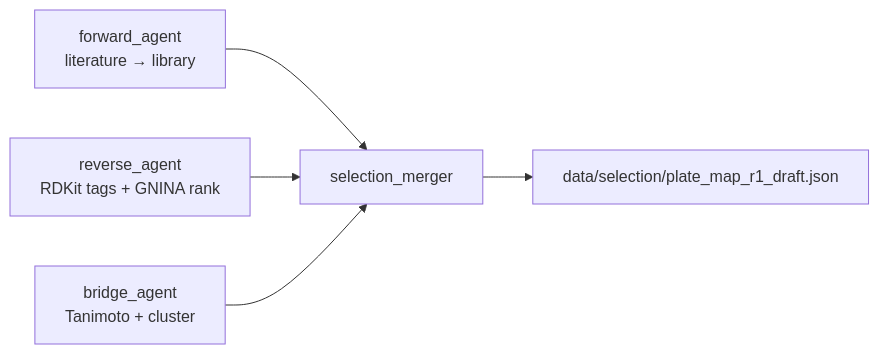
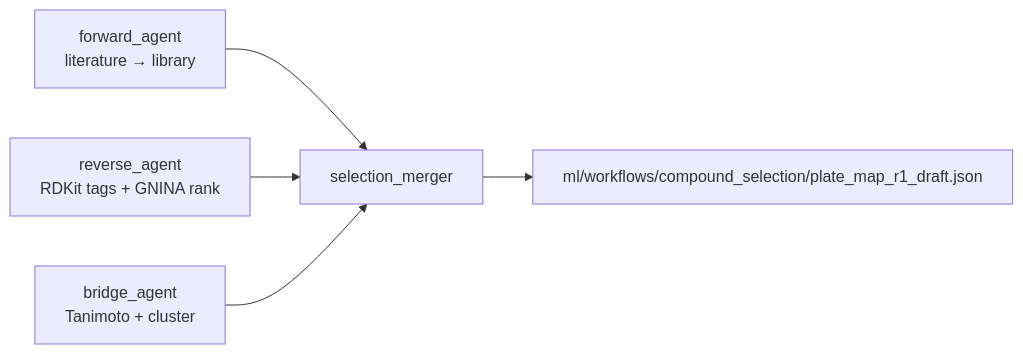
The diagram in PLAN.md (pvjthomas/beta-loop), drawn with Mermaid before and after one commit. The commit also changed other lines of this file and 109 other files, not shown here.

````diff
--- a/PLAN.md
+++ b/PLAN.md
@@ -182,7 +182,7 @@
 ```mermaid
 flowchart LR
   F[forward_agent<br/>literature → library] --> M[selection_merger]
   R[reverse_agent<br/>RDKit tags + GNINA rank] --> M
   B[bridge_agent<br/>Tanimoto + cluster] --> M
-  M --> D[data/selection/plate_map_r1_draft.json]
+  M --> D[ml/workflows/compound_selection/plate_map_r1_draft.json]
 ```
````
